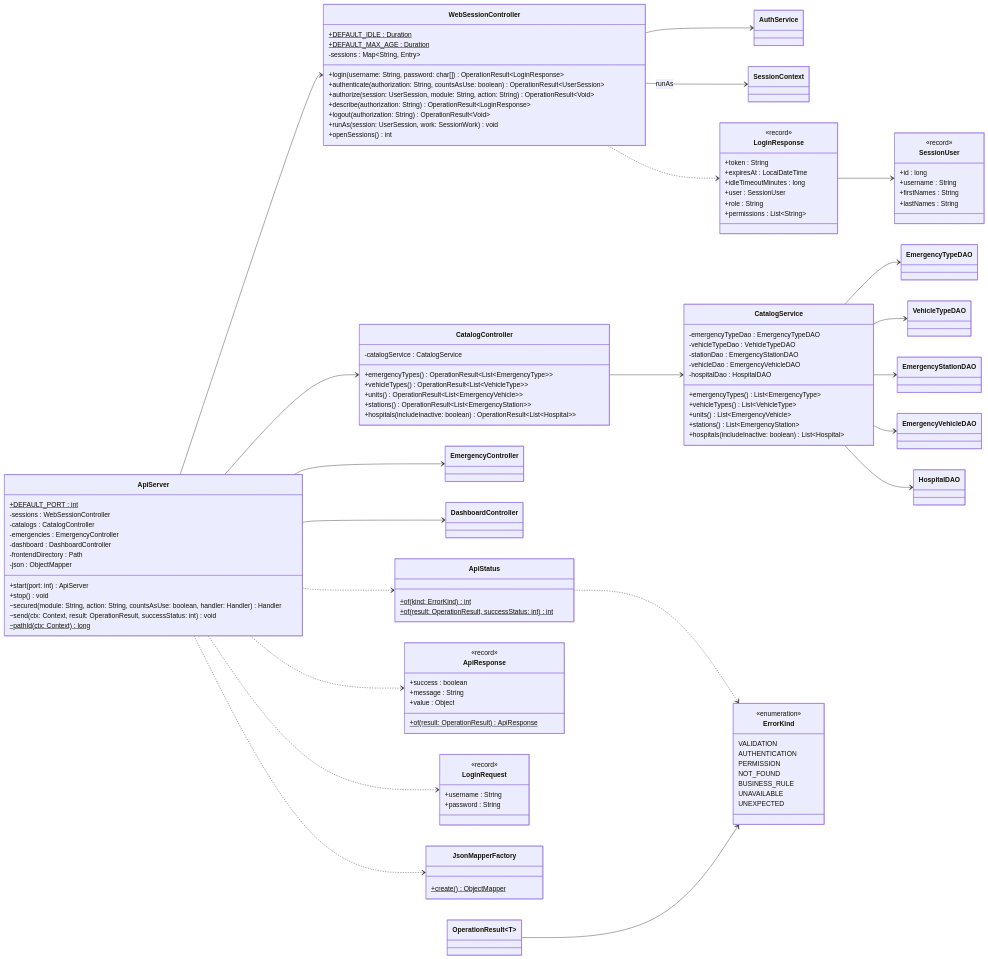
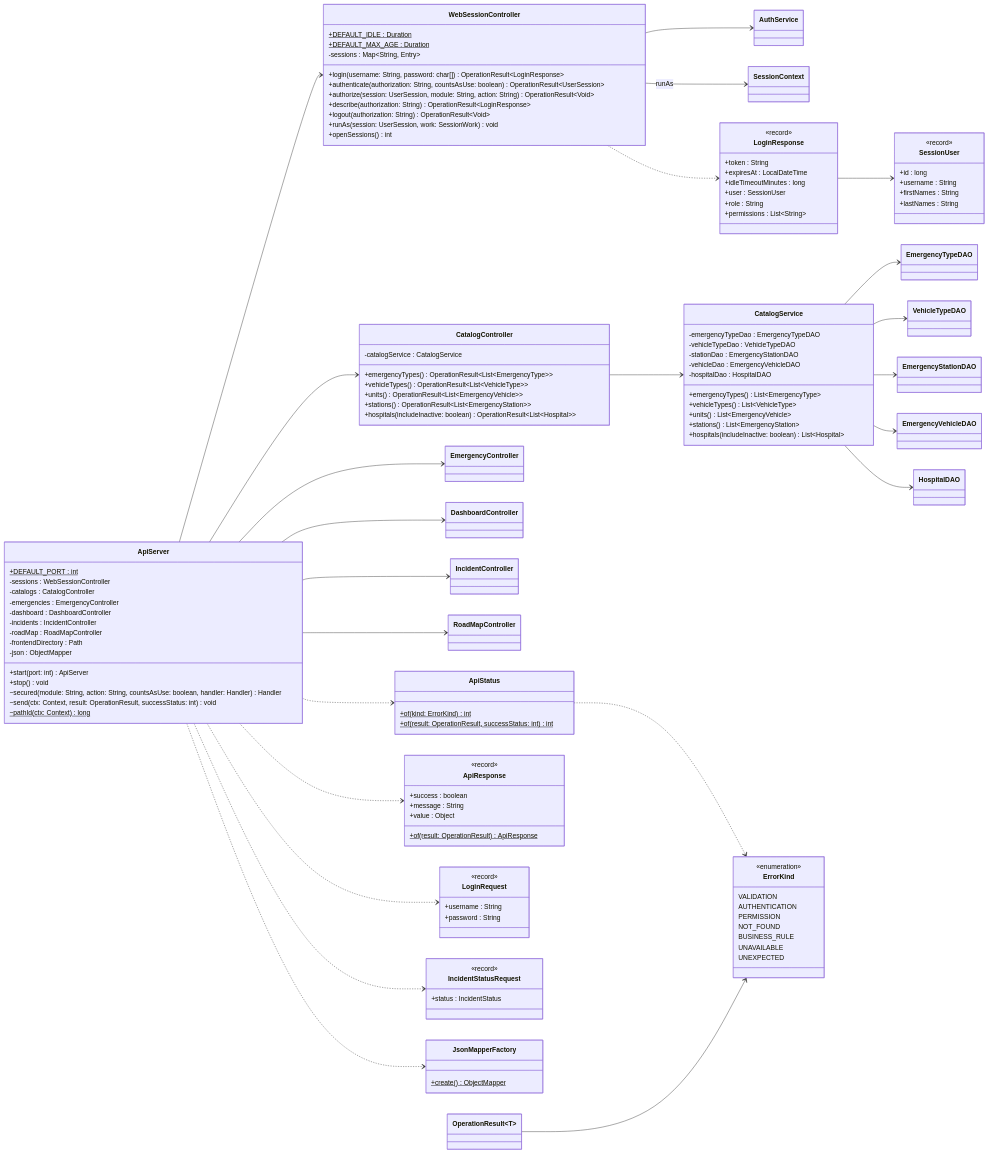
Diagram 24 of 24 in docs/class-diagram.md (afzabaleta/RutaVida), drawn with Mermaid before and after one commit. The commit also changed other lines of this file and 6 other files, not shown here.

```diff
--- a/docs/class-diagram.md
+++ b/docs/class-diagram.md
@@ -1983,6 +1987,8 @@
         -catalogs : CatalogController
         -emergencies : EmergencyController
         -dashboard : DashboardController
+        -incidents : IncidentController
+        -roadMap : RoadMapController
         -frontendDirectory : Path
         -json : ObjectMapper
         +start(port: int) ApiServer
@@ -2006,6 +2012,10 @@
         <<record>>
         +username : String
         +password : String
+    }
+    class IncidentStatusRequest {
+        <<record>>
+        +status : IncidentStatus
     }
     class JsonMapperFactory {
         +create() ObjectMapper$
@@ -2073,9 +2083,12 @@
     ApiServer --> CatalogController
     ApiServer --> EmergencyController
     ApiServer --> DashboardController
+    ApiServer --> IncidentController
+    ApiServer --> RoadMapController
     ApiServer ..> ApiStatus
     ApiServer ..> ApiResponse
     ApiServer ..> LoginRequest
+    ApiServer ..> IncidentStatusRequest
     ApiServer ..> JsonMapperFactory
     ApiStatus ..> ErrorKind
     WebSessionController --> AuthService
```
